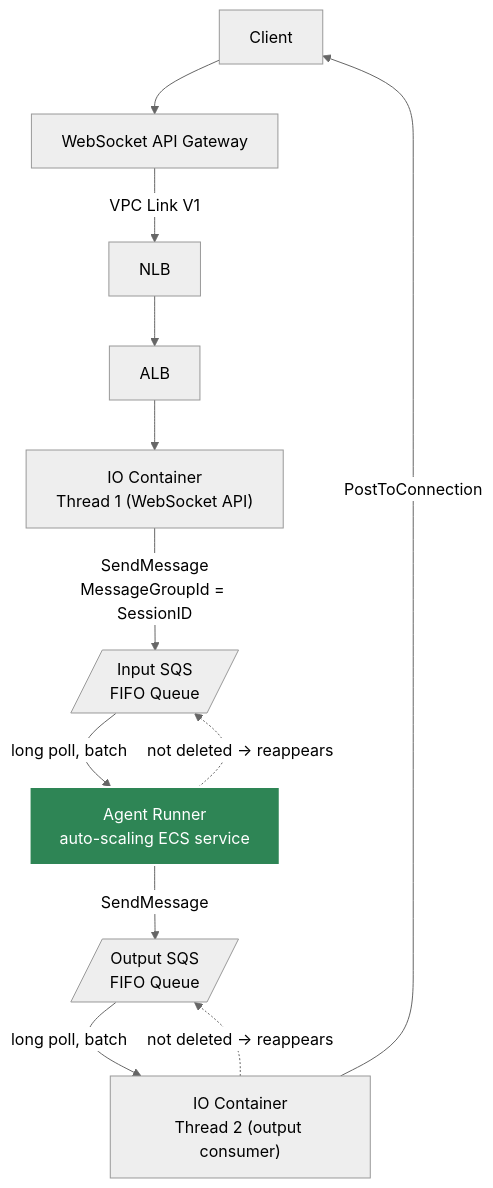
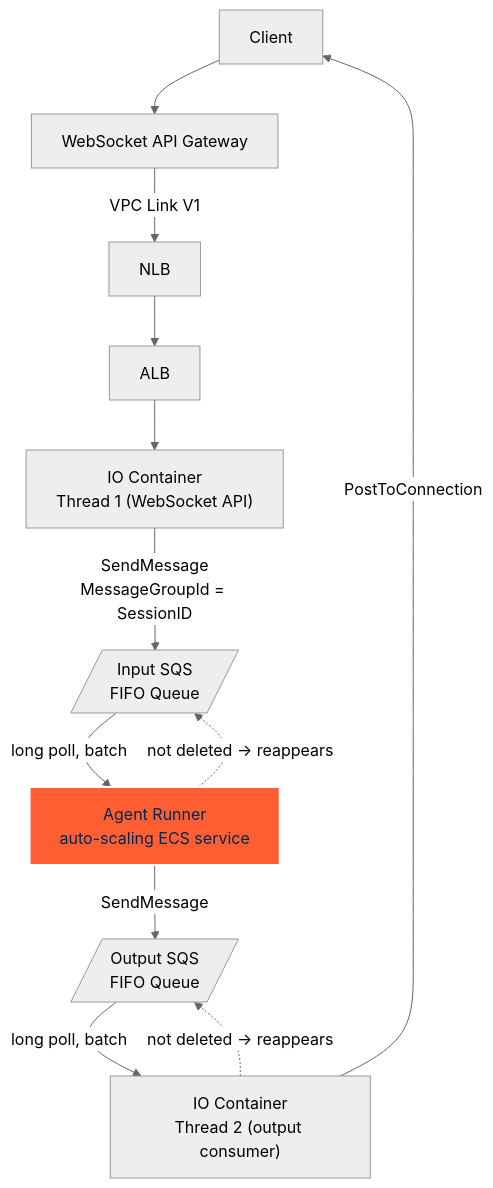
Before and after one commit to yaalalabs/agent-kernel: the fourth of 4 diagrams in docs/docs/deployment/aws-queue-mode-scalability.md, drawn with Mermaid (neutral theme). The commit also changed other lines of this file and 444 other files, not shown here.

````diff
--- a/docs/docs/deployment/aws-queue-mode-scalability.md
+++ b/docs/docs/deployment/aws-queue-mode-scalability.md
@@ -197,16 +197,16 @@
 ```mermaid
 graph TB
     C[Client] --> GW[WebSocket API Gateway]
     GW -->|VPC Link V1| N[NLB]
     N --> LB[ALB]
     LB --> T1["IO Container<br/>Thread 1 (WebSocket API)"]
     T1 -->|"SendMessage<br/>MessageGroupId = SessionID"| IQ[/"Input SQS<br/>FIFO Queue"/]
     IQ -->|"long poll, batch"| AR["Agent Runner<br/>auto-scaling ECS service"]
     AR -->|SendMessage| OQ[/"Output SQS<br/>FIFO Queue"/]
     OQ -->|"long poll, batch"| T2["IO Container<br/>Thread 2 (output consumer)"]
     T2 -->|PostToConnection| C
     AR -. "not deleted → reappears" .-> IQ
     T2 -. "not deleted → reappears" .-> OQ
 
-    style AR fill:#2e8555,stroke:#fff,stroke-width:2px,color:#fff
+    style AR fill:#FF5E32,stroke:#fff,stroke-width:2px,color:#02284F
 ```
````
